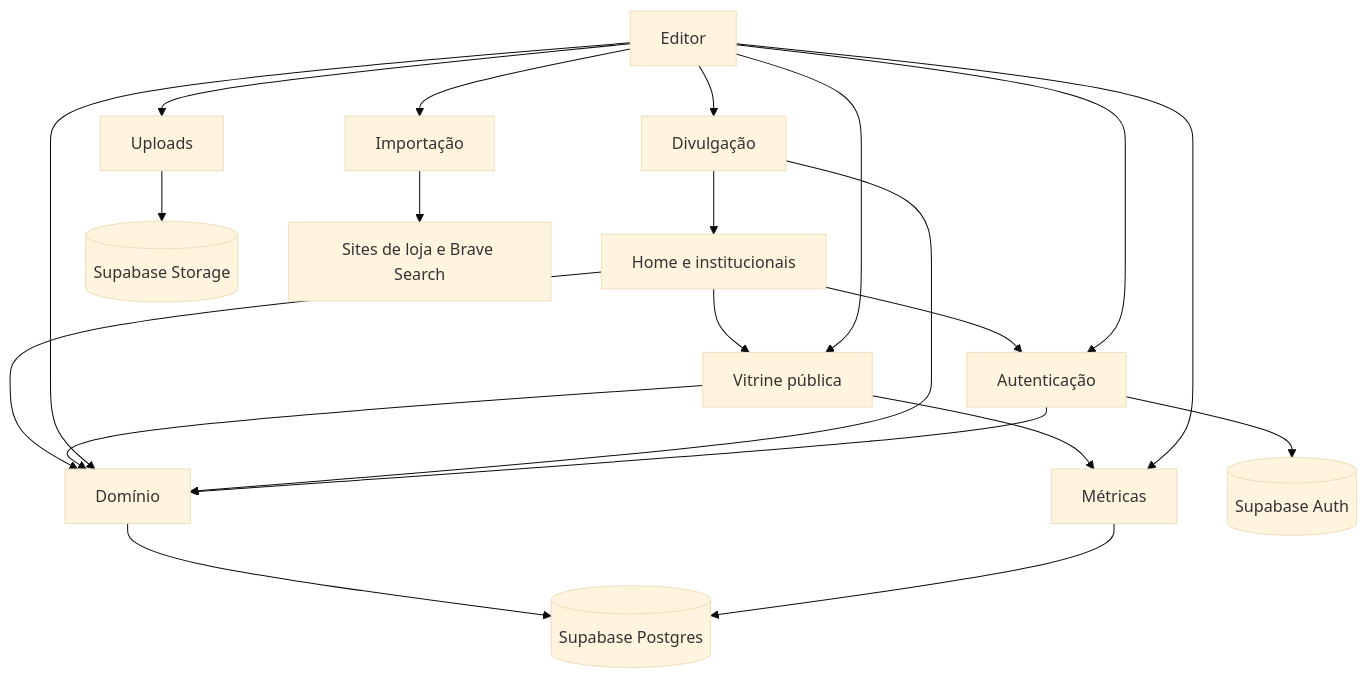
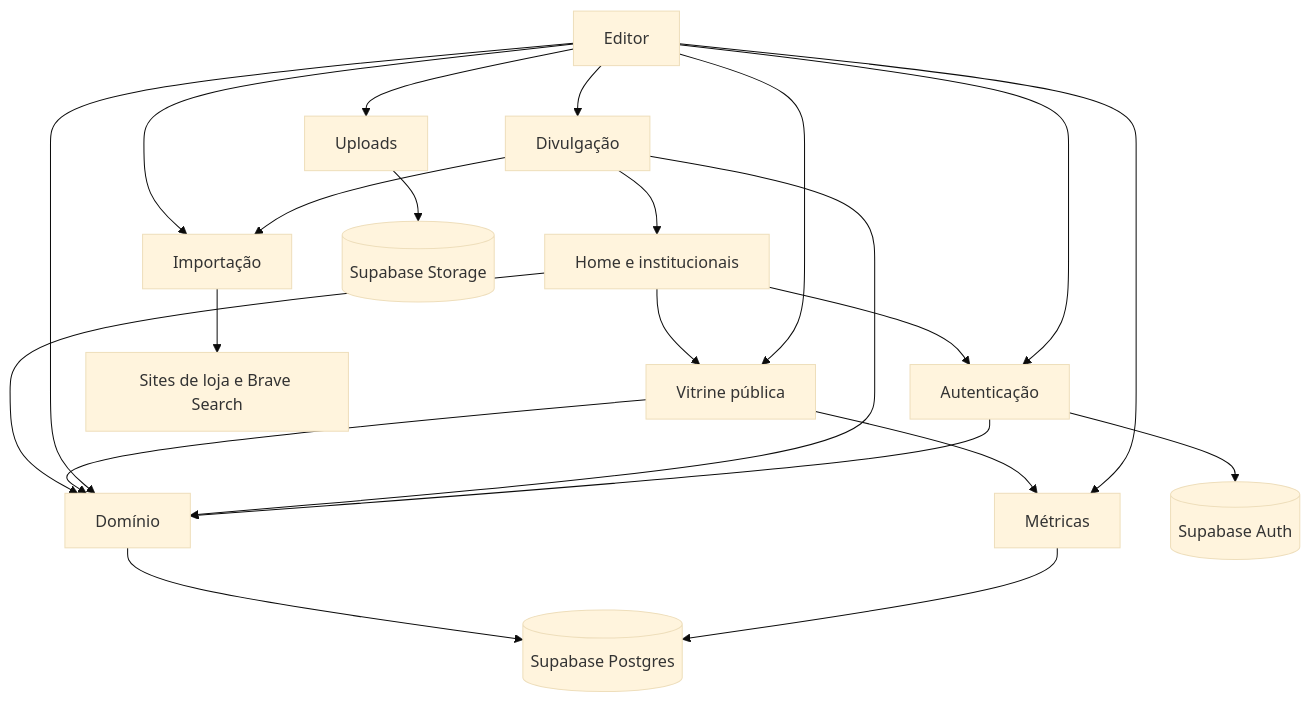
One commit to estevaons/myvitri changed the second of 5 diagrams in docs/architecture.md. Above: the diagram before and after it, drawn with Mermaid (base theme). The commit also changed other lines of this file and 12 other files, not shown here.

````diff
--- a/docs/architecture.md
+++ b/docs/architecture.md
@@ -81,23 +81,24 @@
 ```mermaid
 graph TD
     HOME[Home e institucionais] --> DOM[Domínio]
     HOME --> AUTH[Autenticação]
     HOME --> VP[Vitrine pública]
     VP --> DOM
     VP --> MET[Métricas]
     ED[Editor] --> DOM
     ED --> VP
     ED --> AUTH
     ED --> UP[Uploads]
     ED --> IMP[Importação]
     ED --> MET
     ED --> DIV[Divulgação]
     DIV --> DOM
     DIV --> HOME
+    DIV --> IMP
     AUTH --> DOM
     DOM --> SB[(Supabase Postgres)]
     AUTH --> SBA[(Supabase Auth)]
     UP --> SBS[(Supabase Storage)]
     MET --> SB
     IMP --> EXT[Sites de loja e Brave Search]
 ```
````
